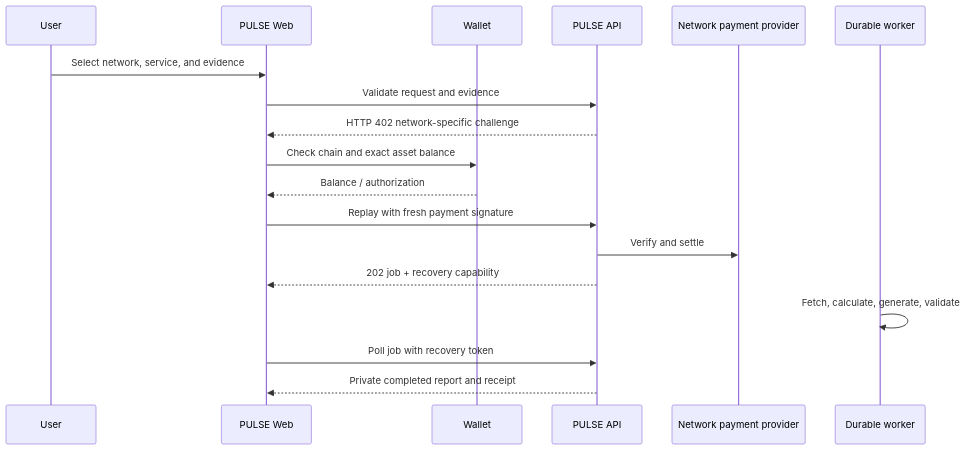
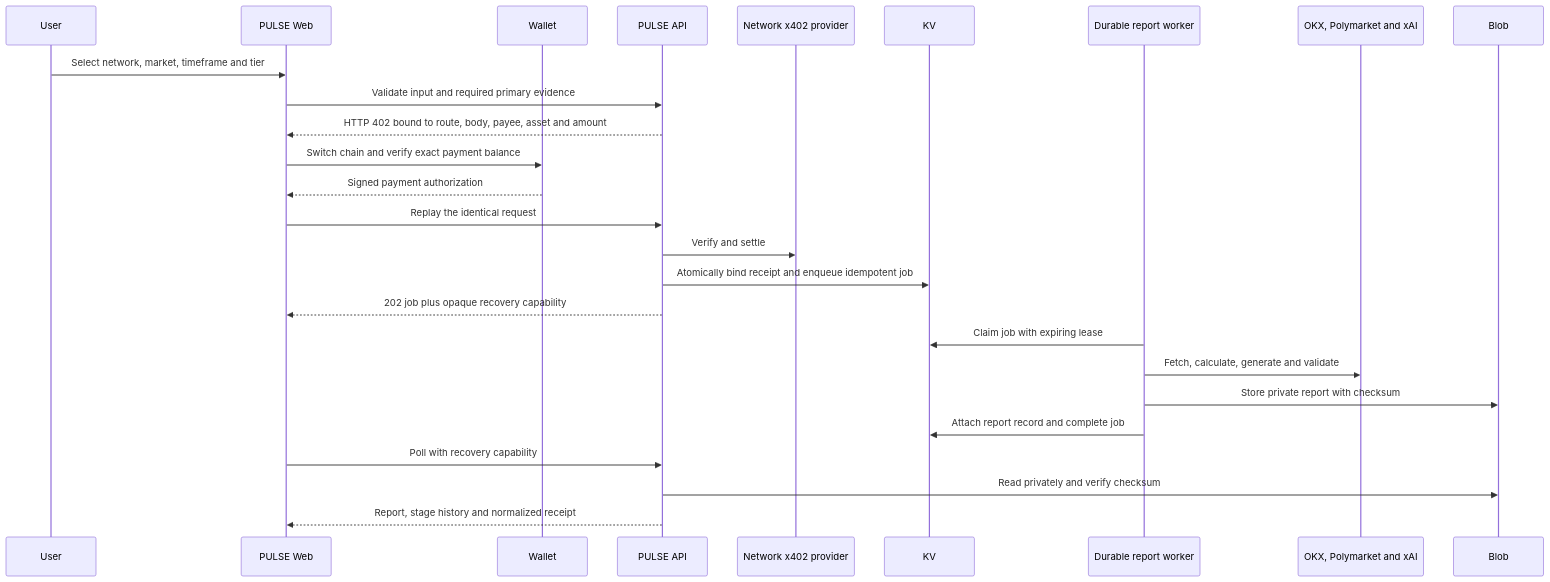
The third of 7 diagrams in README.md (mssystem1/ai-pulse), drawn with Mermaid before and after one commit. The commit also changed other lines of this file and 154 other files, not shown here.

````diff
--- a/README.md
+++ b/README.md
@@ -174,21 +358,29 @@
 ```mermaid
 sequenceDiagram
   participant User
   participant Web as PULSE Web
   participant Wallet
   participant API as PULSE API
-  participant Provider as Network payment provider
-  participant Worker as Durable worker
+  participant Pay as Network x402 provider
+  participant KV
+  participant Worker as Durable report worker
+  participant Sources as OKX, Polymarket and xAI
+  participant Blob
 
-  User->>Web: Select network, service, and evidence
-  Web->>API: Validate request and evidence
-  API-->>Web: HTTP 402 network-specific challenge
-  Web->>Wallet: Check chain and exact asset balance
-  Wallet-->>Web: Balance / authorization
-  Web->>API: Replay with fresh payment signature
-  API->>Provider: Verify and settle
-  API-->>Web: 202 job + recovery capability
-  Worker->>Worker: Fetch, calculate, generate, validate
-  Web->>API: Poll job with recovery token
-  API-->>Web: Private completed report and receipt
+  User->>Web: Select network, market, timeframe and tier
+  Web->>API: Validate input and required primary evidence
+  API-->>Web: HTTP 402 bound to route, body, payee, asset and amount
+  Web->>Wallet: Switch chain and verify exact payment balance
+  Wallet-->>Web: Signed payment authorization
+  Web->>API: Replay the identical request
+  API->>Pay: Verify and settle
+  API->>KV: Atomically bind receipt and enqueue idempotent job
+  API-->>Web: 202 job plus opaque recovery capability
+  Worker->>KV: Claim job with expiring lease
+  Worker->>Sources: Fetch, calculate, generate and validate
+  Worker->>Blob: Store private report with checksum
+  Worker->>KV: Attach report record and complete job
+  Web->>API: Poll with recovery capability
+  API->>Blob: Read privately and verify checksum
+  API-->>Web: Report, stage history and normalized receipt
 ```
````
